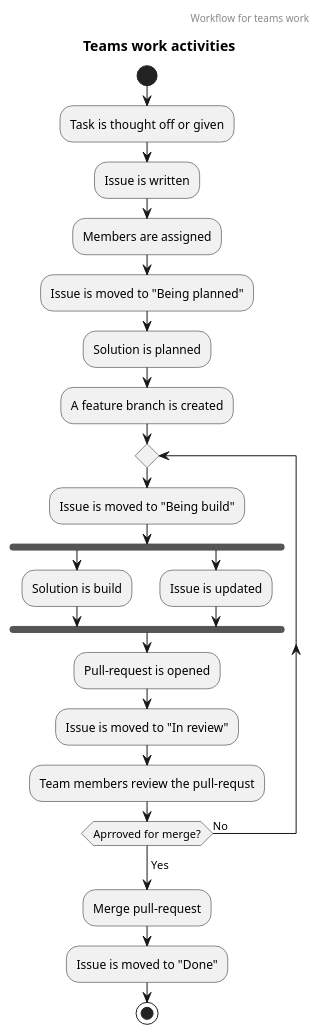
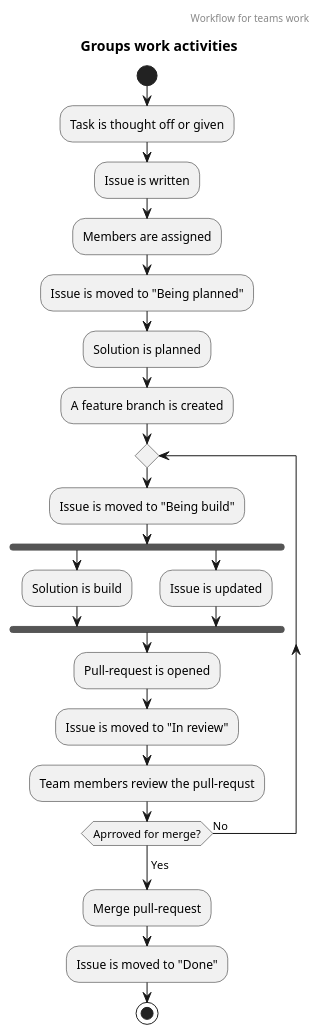
One commit to ITU-BDSA23-GROUP10/Chirp changed the diagram in Docs/report_diagrams/UML_activity_diagrams/Team_workflow.puml. Above: the diagram before and after it, drawn with PlantUML. The commit also changed 2 other files, not shown here.

Commit message:
Add teams workflow diagram to report

```diff
--- a/Docs/report_diagrams/UML_activity_diagrams/Team_workflow.puml
+++ b/Docs/report_diagrams/UML_activity_diagrams/Team_workflow.puml
@@ -1,26 +1,26 @@
 @startuml team_workflow
 header Workflow for teams work
-title Teams work activities 
+title Groups work activities 
 start
 :Task is thought off or given;
 :Issue is written;
 :Members are assigned;
 :Issue is moved to "Being planned";
 :Solution is planned;
 :A feature branch is created; 
 repeat
     :Issue is moved to "Being build";
     fork
         :Solution is build;
     fork again
         :Issue is updated;
     endfork
     :Pull-request is opened;
     :Issue is moved to "In review";
     :Team members review the pull-requst;
 repeat while (Aprroved for merge?) is (No)
 ->Yes;
 :Merge pull-request;
 :Issue is moved to "Done";
 stop
 @enduml
```
